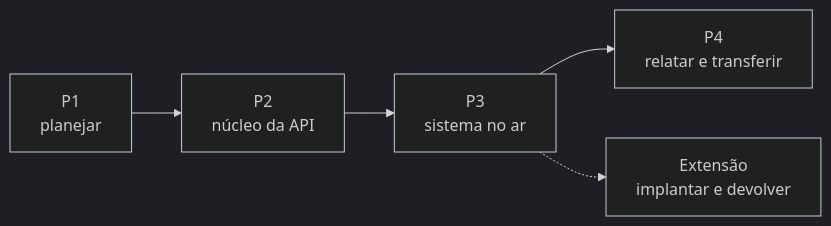
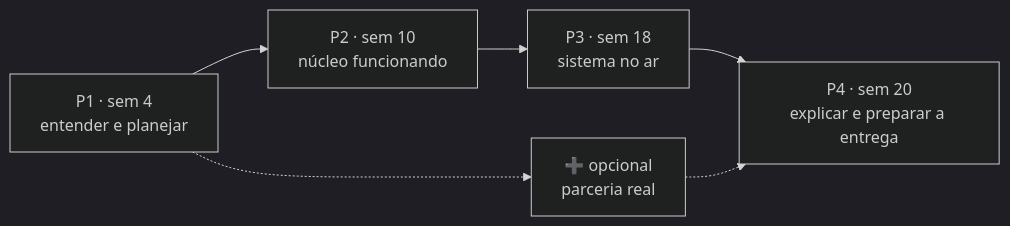
The diagram in projeto/README.md (heliobentzen/dpw), drawn with Mermaid (dark theme) before and after one commit. The commit also changed other lines of this file and 78 other files, not shown here.

````diff
--- a/projeto/README.md
+++ b/projeto/README.md
@@ -23,5 +19,6 @@
 ```mermaid
 flowchart LR
-    P1[P1<br/>planejar] --> P2[P2<br/>núcleo da API] --> P3[P3<br/>sistema no ar] --> P4[P4<br/>relatar e transferir]
-    P3 -.-> X[Extensão<br/>implantar e devolver]
+    P1["P1 · sem 4<br/>entender e planejar"] --> P2["P2 · sem 10<br/>núcleo funcionando"] --> P3["P3 · sem 18<br/>sistema no ar"] --> P4["P4 · sem 20<br/>explicar e preparar a entrega"]
+    P1 -.-> X["➕ opcional<br/>parceria real"]
+    X -.-> P4
 ```
````
